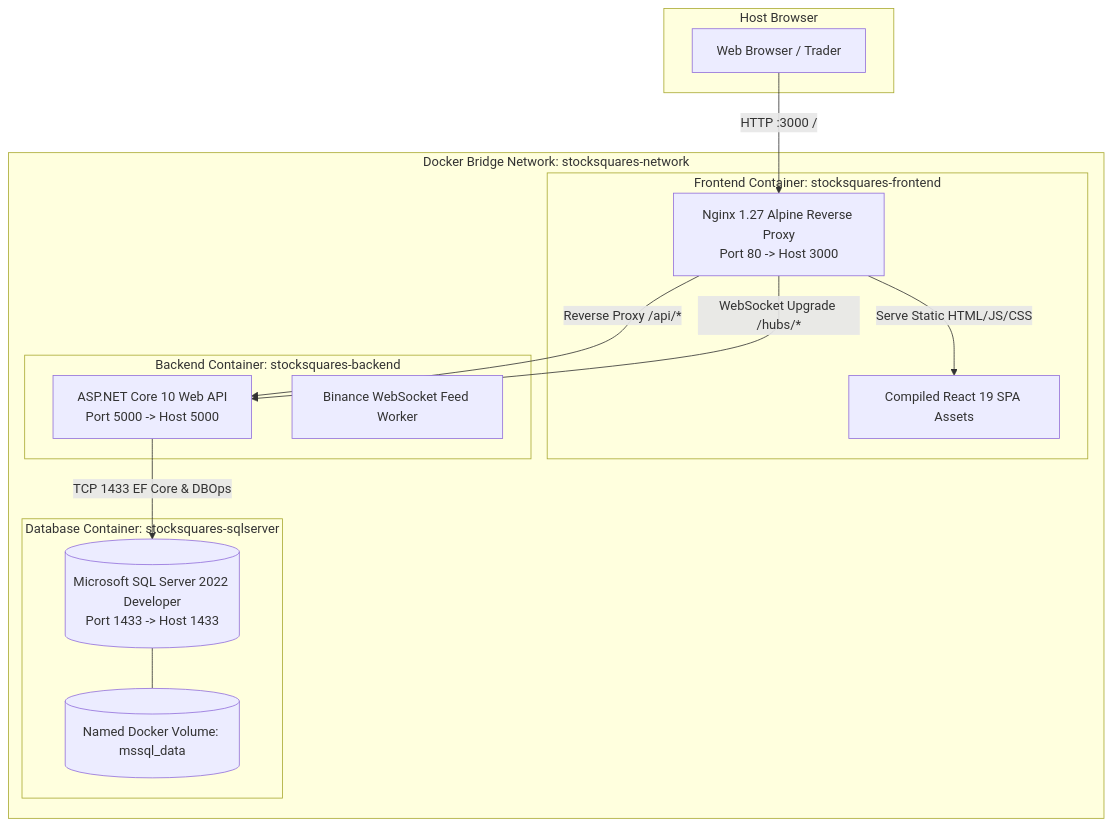
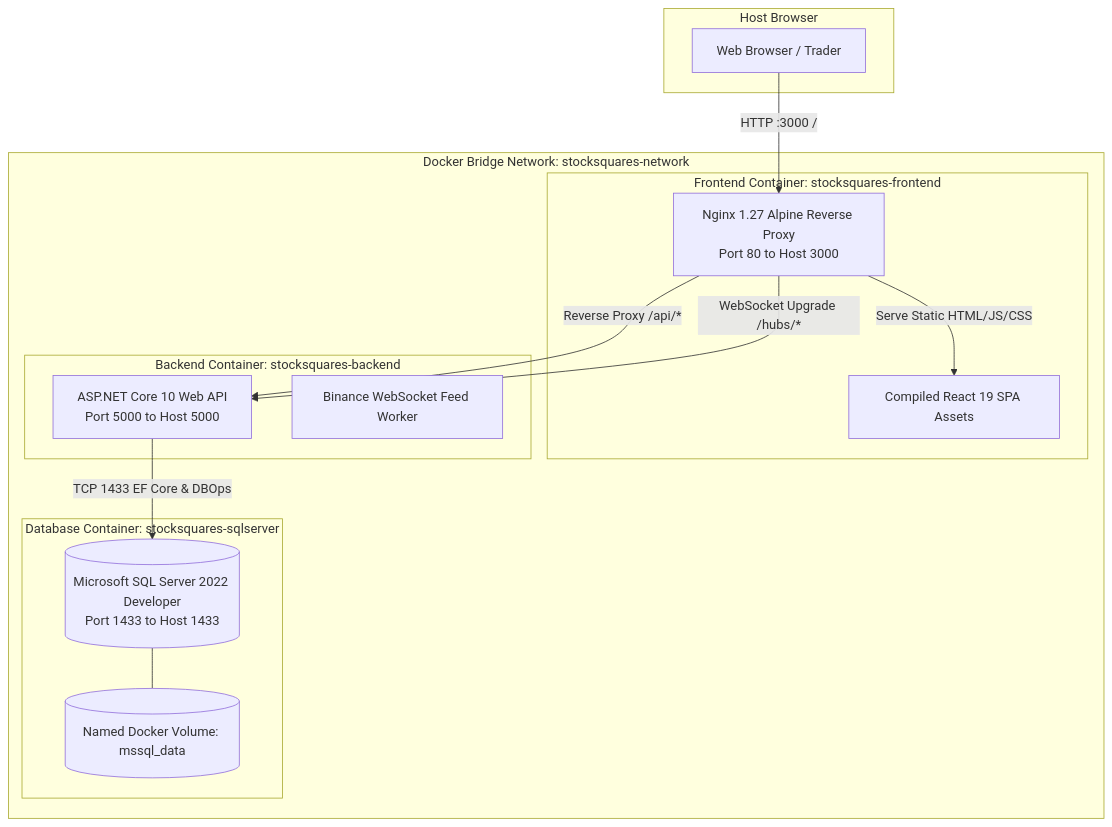
Before and after one commit to samimohameed/TechLead: the third of 4 diagrams in README.md, drawn with Mermaid. The commit also changed other lines of this file, not shown here.

Commit message:
fix(docs): resolve Mermaid syntax parse error on GitHub by quoting node and edge labels

````diff
--- a/README.md
+++ b/README.md
@@ -246,30 +246,30 @@
 ```mermaid
 graph TD
     subgraph Host Browser
-        USER[Web Browser / Trader]
+        USER["Web Browser / Trader"]
     end
 
     subgraph Docker Bridge Network: stocksquares-network
         subgraph Frontend Container: stocksquares-frontend
-            NGINX[Nginx 1.27 Alpine Reverse Proxy\nPort 80 -> Host 3000]
-            DIST[Compiled React 19 SPA Assets]
+            NGINX["Nginx 1.27 Alpine Reverse Proxy<br/>Port 80 to Host 3000"]
+            DIST["Compiled React 19 SPA Assets"]
         end
 
         subgraph Backend Container: stocksquares-backend
-            API[ASP.NET Core 10 Web API\nPort 5000 -> Host 5000]
-            FEED[Binance WebSocket Feed Worker]
+            API["ASP.NET Core 10 Web API<br/>Port 5000 to Host 5000"]
+            FEED["Binance WebSocket Feed Worker"]
         end
 
         subgraph Database Container: stocksquares-sqlserver
-            SQL[(Microsoft SQL Server 2022 Developer\nPort 1433 -> Host 1433)]
-            VOL[(Named Docker Volume: mssql_data)]
+            SQL[("Microsoft SQL Server 2022 Developer<br/>Port 1433 to Host 1433")]
+            VOL[("Named Docker Volume: mssql_data")]
         end
     end
 
-    USER -->|HTTP :3000 /| NGINX
-    NGINX -->|Serve Static HTML/JS/CSS| DIST
-    NGINX -->|Reverse Proxy /api/*| API
-    NGINX -->|WebSocket Upgrade /hubs/*| API
-    API -->|TCP 1433 EF Core & DBOps| SQL
+    USER -->|"HTTP :3000 /"| NGINX
+    NGINX -->|"Serve Static HTML/JS/CSS"| DIST
+    NGINX -->|"Reverse Proxy /api/*"| API
+    NGINX -->|"WebSocket Upgrade /hubs/*"| API
+    API -->|"TCP 1433 EF Core & DBOps"| SQL
     SQL --- VOL
 ```
````
